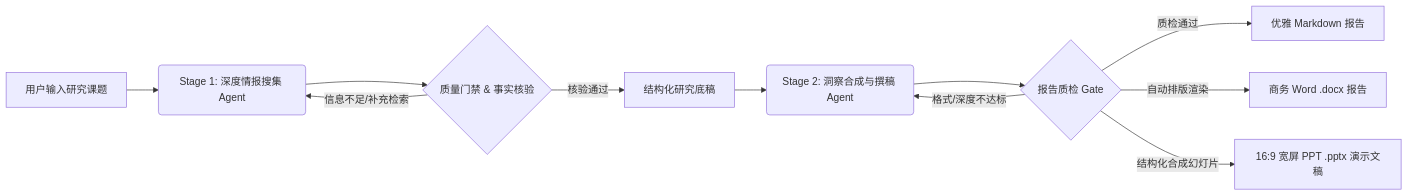
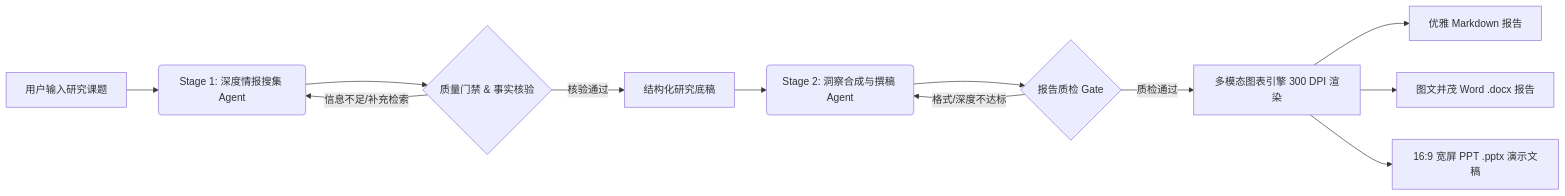
Before and after one commit to sxxcwj/insight-synthesis-crew: the diagram in README.md, drawn with Mermaid. The commit also changed other lines of this file and 10 other files, not shown here.

Commit message:
feat: add 300 DPI multimodal chart engine with auto embedding into word and pptx

````diff
--- a/README.md
+++ b/README.md
@@ -36,13 +39,14 @@
 ```mermaid
 graph LR
     A[用户输入研究课题] --> B(Stage 1: 深度情报搜集 Agent)
     B --> C{质量门禁 & 事实核验}
     C -- 信息不足/补充检索 --> B
     C -- 核验通过 --> D[结构化研究底稿]
     D --> E(Stage 2: 洞察合成与撰稿 Agent)
     E --> F{报告质检 Gate}
     F -- 格式/深度不达标 --> E
-    F -- 质检通过 --> G[优雅 Markdown 报告]
-    F -- 自动排版渲染 --> H[商务 Word .docx 报告]
-    F -- 结构化合成幻灯片 --> I[16:9 宽屏 PPT .pptx 演示文稿]
+    F -- 质检通过 --> G[多模态图表引擎 300 DPI 渲染]
+    G --> H[优雅 Markdown 报告]
+    G --> I[图文并茂 Word .docx 报告]
+    G --> J[16:9 宽屏 PPT .pptx 演示文稿]
 ```
````
